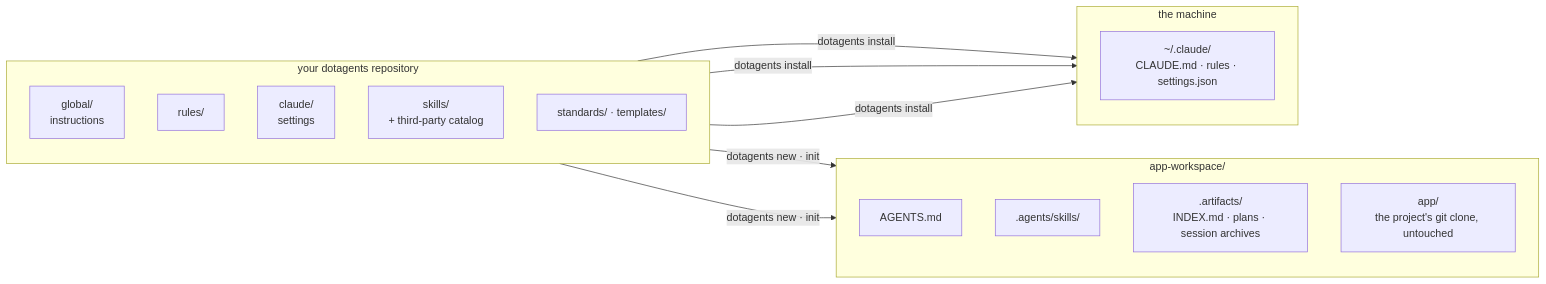
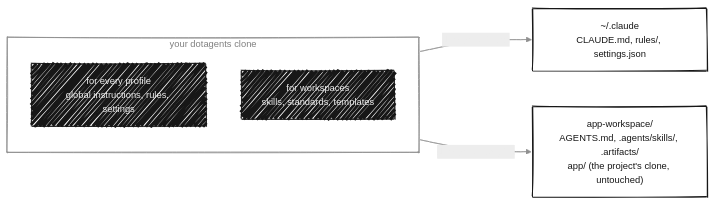
Before and after one commit to dotagents-org/dotagents-core: the first of 5 diagrams in README.md, drawn with Mermaid. The commit also changed other lines of this file and 2 other files, not shown here.

Commit message:
📝 docs: redraw the readme and architecture diagrams for the profiles and the live usage

````diff
--- a/README.md
+++ b/README.md
@@ -49,27 +49,16 @@
 ```mermaid
+%%{init: {"look": "handDrawn", "handDrawnSeed": 3, "theme": "base", "themeVariables": {"fontFamily": "Geist Mono, ui-monospace, SFMono-Regular, Menlo, Consolas, monospace", "fontSize": "14px", "primaryColor": "#171717", "primaryTextColor": "#ededed", "primaryBorderColor": "#171717", "lineColor": "#8f8f8f", "textColor": "#171717", "edgeLabelBackground": "#ededed", "clusterBkg": "transparent", "clusterBorder": "#8f8f8f", "titleColor": "#808080"}}}%%
 flowchart LR
-    subgraph source["your dotagents repository"]
+    subgraph repo["your dotagents clone"]
         direction TB
-        global["global/<br/>instructions"]
-        rules["rules/"]
-        settings["claude/<br/>settings"]
-        skills["skills/<br/>+ third-party catalog"]
-        standards["standards/ · templates/"]
+        forProfiles["for every profile<br/>global instructions, rules, settings"]
+        forWorkspaces["for workspaces<br/>skills, standards, templates"]
     end
 
-    subgraph machine["the machine"]
-        direction TB
-        claude["~/.claude/<br/>CLAUDE.md · rules · settings.json"]
-    end
+    profiles["~/.claude<br/>CLAUDE.md, rules/, settings.json"]:::result
+    workspace["app-workspace/<br/>AGENTS.md, .agents/skills/, .artifacts/<br/>app/ (the project's clone, untouched)"]:::result
 
-    subgraph workspace["app-workspace/"]
-        direction TB
-        agentsmd["AGENTS.md"]
-        agents[".agents/skills/"]
-        artifacts[".artifacts/<br/>INDEX.md · plans · session archives"]
-        app["app/<br/>the project's git clone, untouched"]
-    end
-
-    global & rules & settings -- "dotagents install" --> machine
-    skills & standards -- "dotagents new · init" --> workspace
+    forProfiles -- "dotagents install" --> profiles
+    forWorkspaces -- "dotagents new, init" --> workspace
+    classDef result fill:#ffffff,stroke:#171717,stroke-width:1.5px,color:#171717
 ```
````
